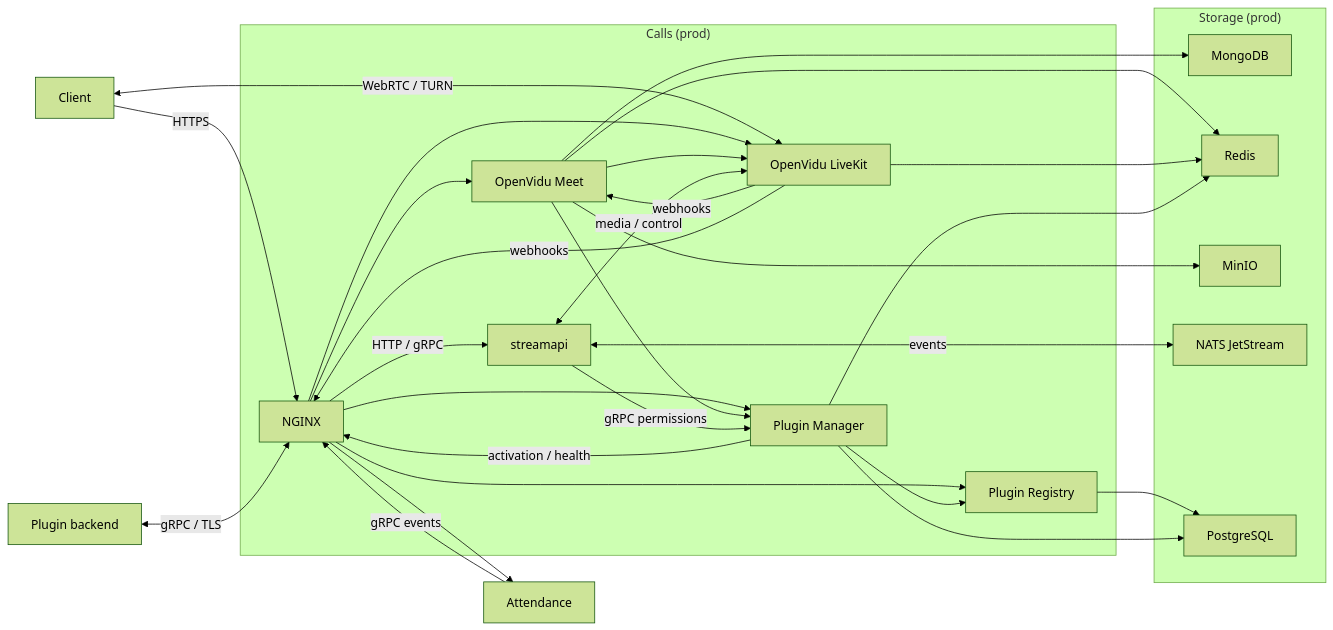
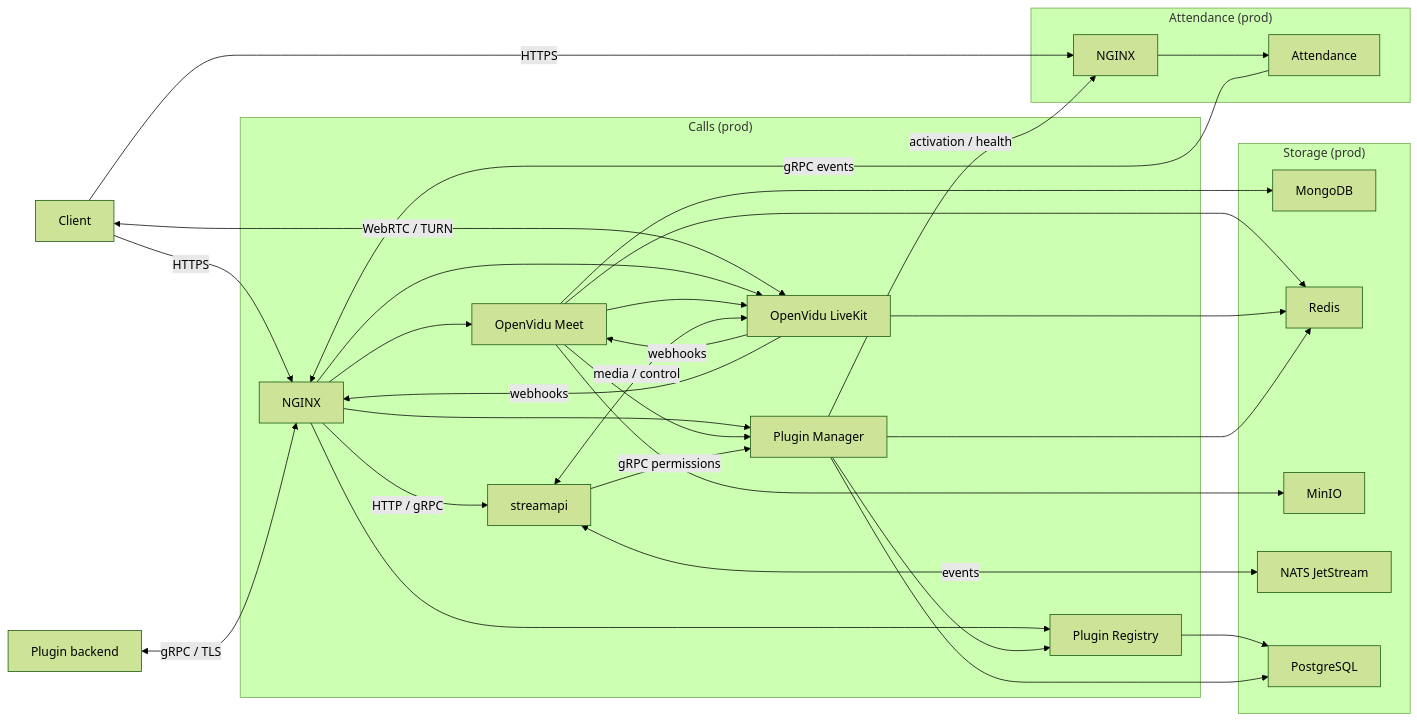
Before and after one commit to dwspurpleteam/deployer: the diagram in README.md, drawn with Mermaid (forest theme).

Commit message:
Show separate attendance nginx

````diff
--- a/README.md
+++ b/README.md
@@ -12,43 +12,46 @@
 ```mermaid
 flowchart LR
   browser[Client] -->|HTTPS| proxy
   browser <-->|WebRTC / TURN| openvidu
   plugin_backend[Plugin backend] <-->|gRPC / TLS| proxy
-  attendance[Attendance]
 
   subgraph calls_prod["Calls (prod)"]
     proxy[NGINX] --> meet[OpenVidu Meet]
     proxy --> openvidu[OpenVidu LiveKit]
     proxy -->|HTTP / gRPC| streamapi[streamapi]
     proxy --> manager[Plugin Manager]
     proxy --> registry[Plugin Registry]
     meet --> openvidu
     meet --> manager
     openvidu -->|webhooks| meet
     openvidu -->|webhooks| proxy
     streamapi <-->|media / control| openvidu
     streamapi -->|gRPC permissions| manager
     manager --> registry
-    manager -->|activation / health| proxy
   end
 
-  proxy --> attendance
+  subgraph attendance_prod["Attendance (prod)"]
+    attendance_nginx[NGINX] --> attendance[Attendance]
+  end
+
+  browser -->|HTTPS| attendance_nginx
+  manager -->|activation / health| attendance_nginx
   attendance -->|gRPC events| proxy
 
   subgraph storage["Storage (prod)"]
     mongodb[MongoDB]
     redis[Redis]
     minio[MinIO]
     nats["NATS JetStream"]
     postgres[PostgreSQL]
   end
 
   meet --> mongodb
   meet --> redis
   meet --> minio
   openvidu --> redis
   manager --> redis
   streamapi <-->|events| nats
   registry --> postgres
   manager --> postgres
 ```
````
